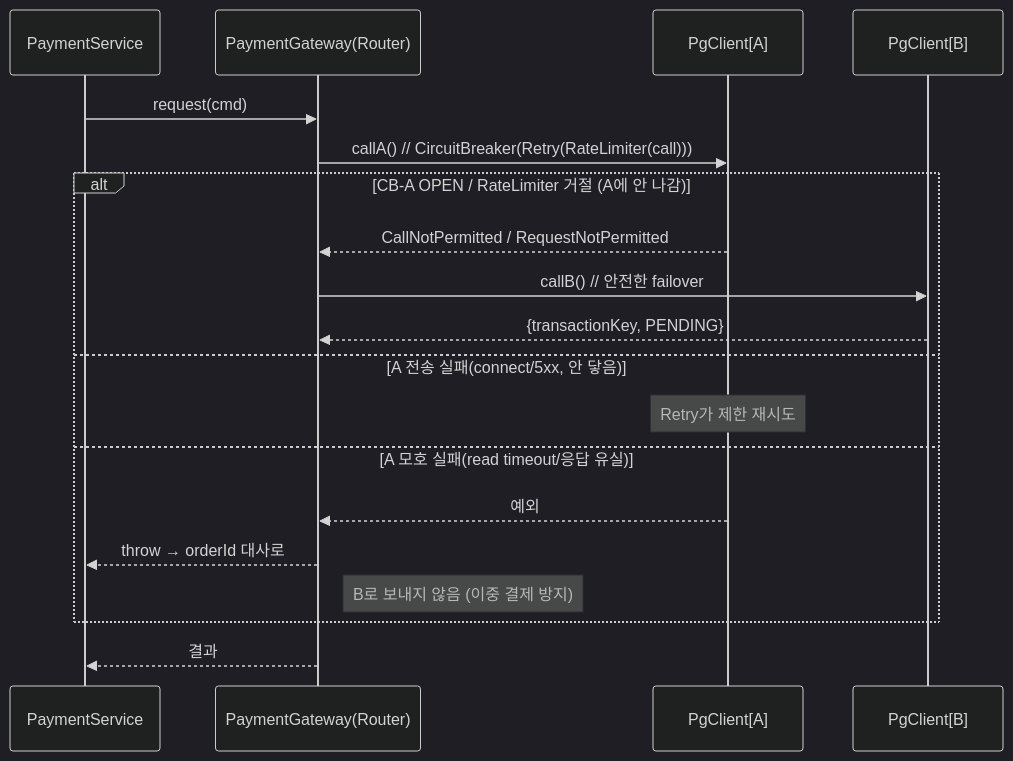
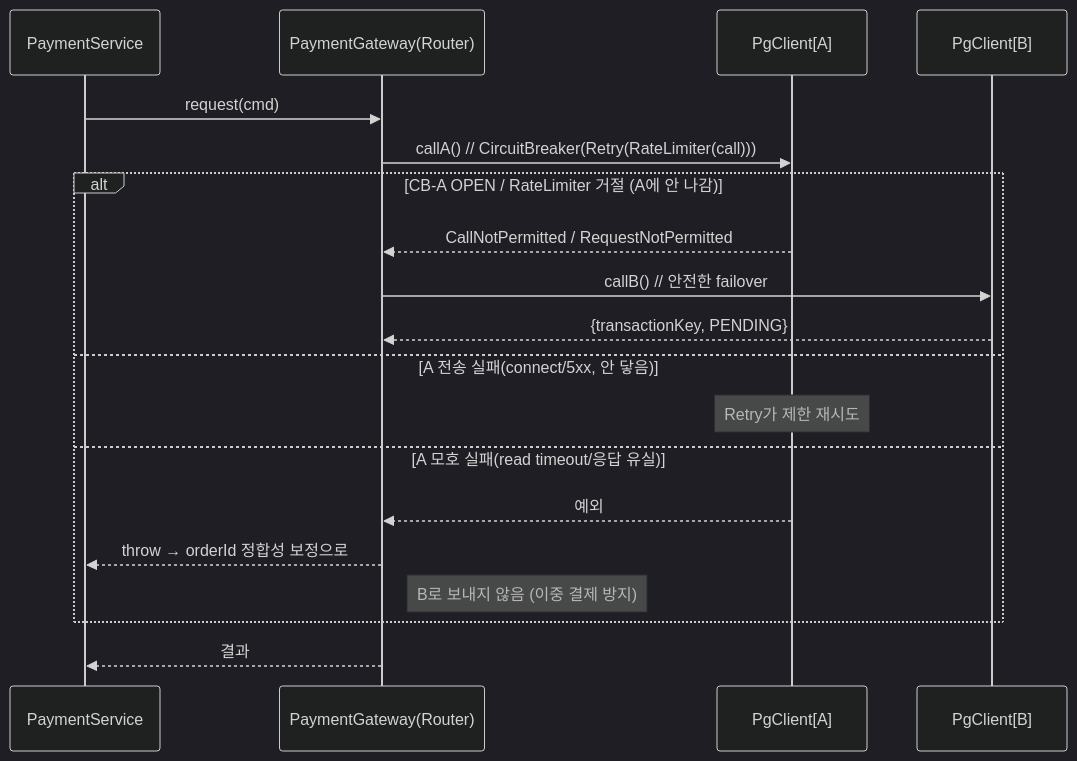
One commit to loopers-labs/loop-pack-be-l2-vol4-java changed the second of 4 diagrams in docs/week6/02-sequence-diagrams.md. Above: the diagram before and after it, drawn with Mermaid (dark theme). The commit also changed other lines of this file and 4 other files, not shown here.

Commit message:
docs: 결제 정합성 보정 용어 통일(대사·sweep 제거)·order_number 유니크 제약 반영

````diff
--- a/docs/week6/02-sequence-diagrams.md
+++ b/docs/week6/02-sequence-diagrams.md
@@ -53,22 +53,22 @@
 ```mermaid
 sequenceDiagram
     participant S as PaymentService
     participant R as PaymentGateway(Router)
     participant A as PgClient[A]
     participant B as PgClient[B]
 
     S->>R: request(cmd)
     R->>A: callA()  // CircuitBreaker(Retry(RateLimiter(call)))
     alt CB-A OPEN / RateLimiter 거절 (A에 안 나감)
         A-->>R: CallNotPermitted / RequestNotPermitted
         R->>B: callB()  // 안전한 failover
         B-->>R: {transactionKey, PENDING}
     else A 전송 실패(connect/5xx, 안 닿음)
         note over A: Retry가 제한 재시도
     else A 모호 실패(read timeout/응답 유실)
         A-->>R: 예외
-        R-->>S: throw → orderId 대사로
+        R-->>S: throw → orderId 정합성 보정으로
         note right of R: B로 보내지 않음 (이중 결제 방지)
     end
     R-->>S: 결과
 ```
````
